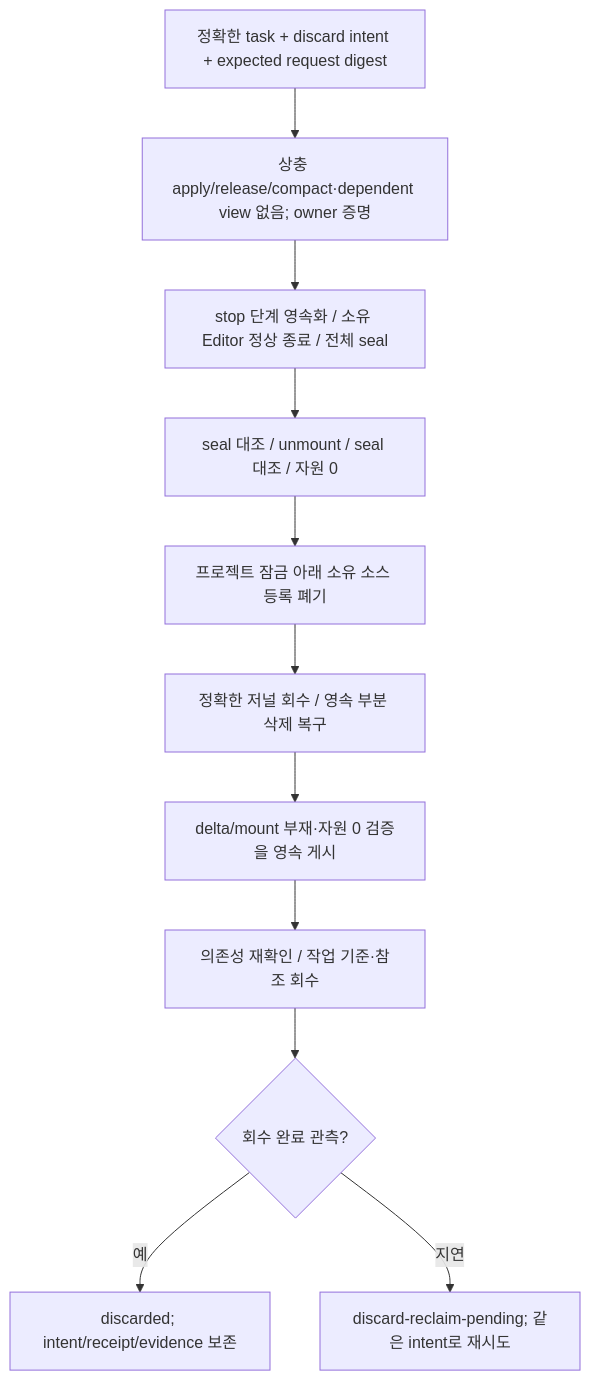
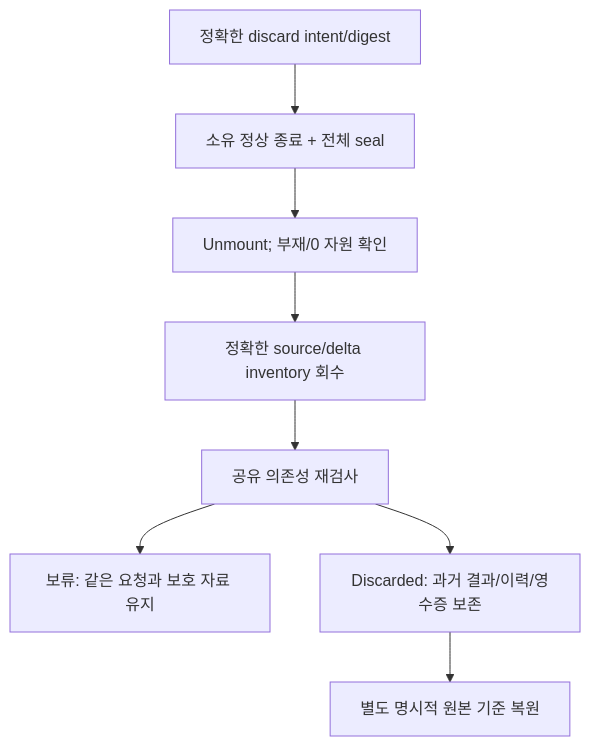
The sixth of 6 diagrams in docs/ko/lifecycle-optimization-map.md (olivecrow/splinter), drawn with Mermaid before and after one commit. The commit also changed other lines of this file and 391 other files, not shown here.

````diff
--- a/docs/ko/lifecycle-optimization-map.md
+++ b/docs/ko/lifecycle-optimization-map.md
@@ -320,13 +199,9 @@
 ```mermaid
 flowchart TD
-  Intent["정확한 task + discard intent + expected request digest"] --> Pre["상충 apply/release/compact·dependent view 없음; owner 증명"]
-  Pre --> Stop["stop 단계 영속화 / 소유 Editor 정상 종료 / 전체 seal"]
-  Stop --> Unmount["seal 대조 / unmount / seal 대조 / 자원 0"]
-  Unmount --> Source["프로젝트 잠금 아래 소유 소스 등록 폐기"]
-  Source --> Delta["정확한 저널 회수 / 영속 부분 삭제 복구"]
-  Delta --> Authorize["delta/mount 부재·자원 0 검증을 영속 게시"]
-  Authorize --> Basis["의존성 재확인 / 작업 기준·참조 회수"]
-  Basis --> End{"회수 완료 관측?"}
-  End -->|예| Done["discarded; intent/receipt/evidence 보존"]
-  End -->|지연| Pending["discard-reclaim-pending; 같은 intent로 재시도"]
+  Intent["정확한 discard intent/digest"] --> Stop["소유 정상 종료 + 전체 seal"]
+  Stop --> Unmount["Unmount; 부재/0 자원 확인"] --> Reclaim["정확한 source/delta inventory 회수"]
+  Reclaim --> Basis["공유 의존성 재검사"]
+  Basis --> Pending["보류: 같은 요청과 보호 자료 유지"]
+  Basis --> End["Discarded: 과거 결과/이력/영수증 보존"]
+  End --> F10["별도 명시적 원본 기준 복원"]
 ```
````
